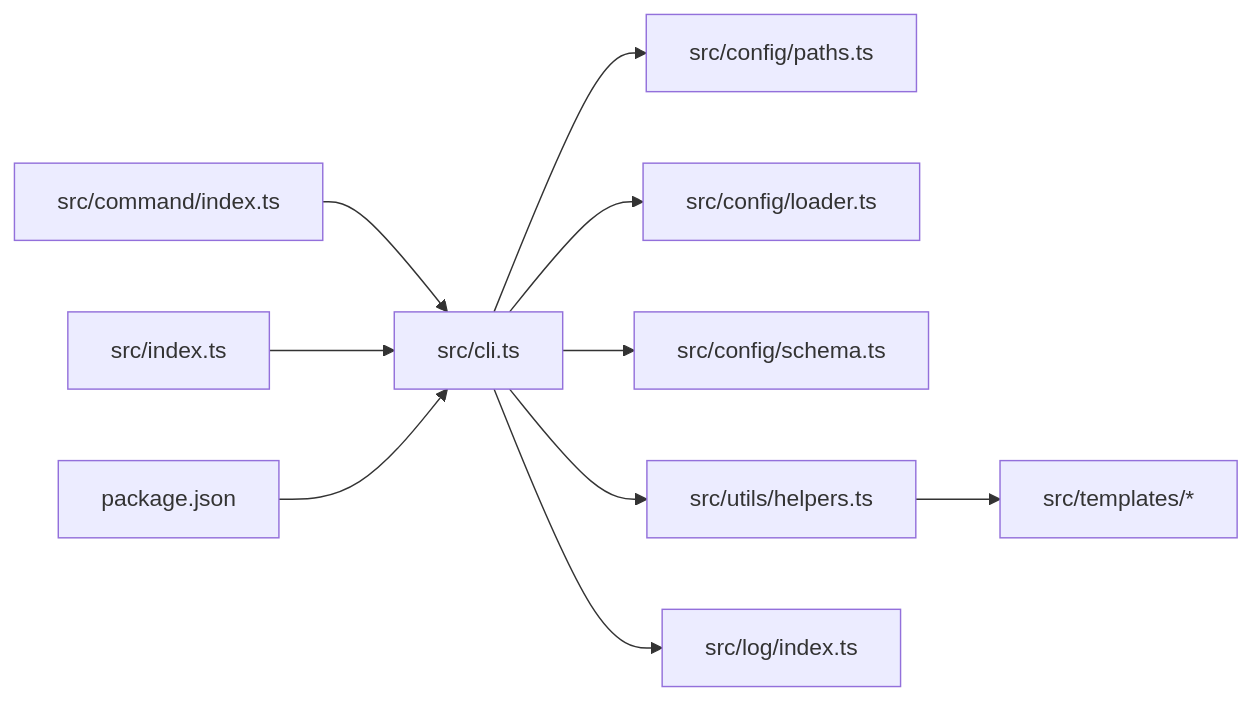
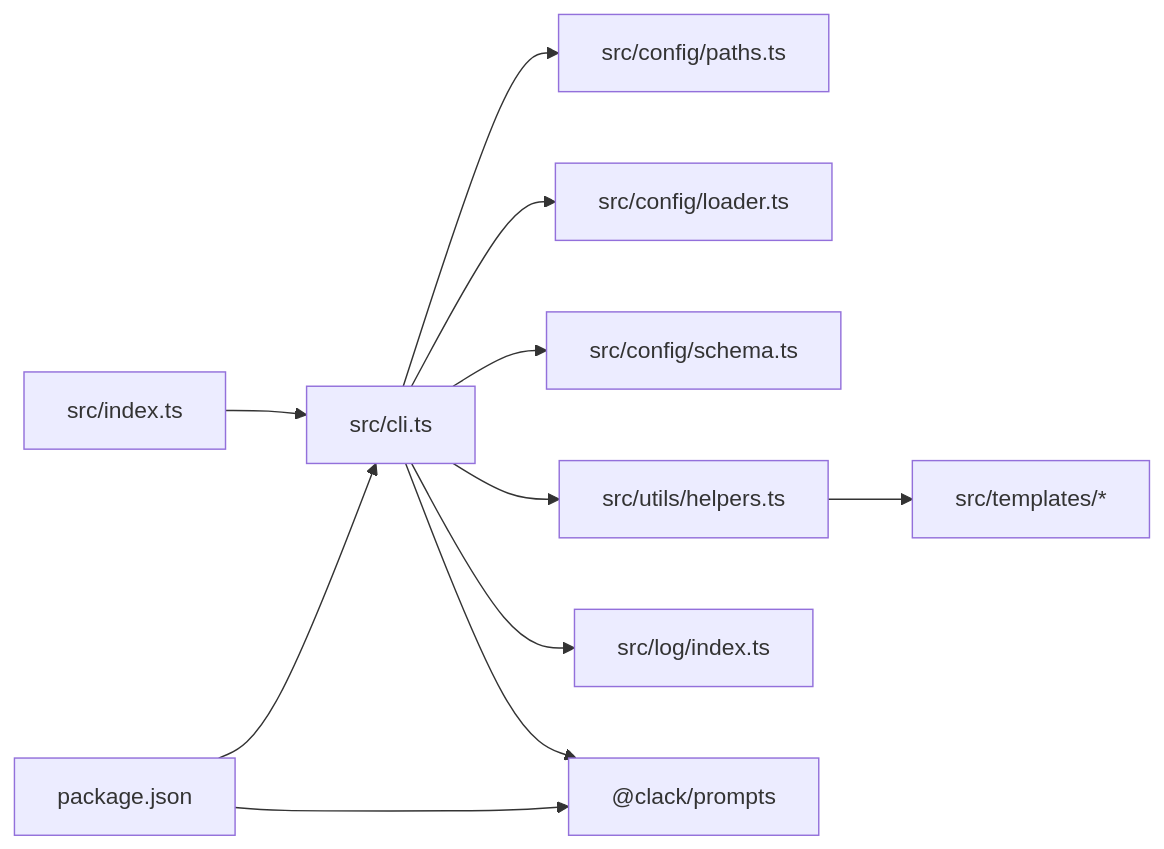
One commit to neciszhang/batbot changed the fourth of 4 diagrams in .qoder/repowiki/zh/content/命令参考手册/初始化命令 (onboard).md. Above: the diagram before and after it, drawn with Mermaid. The commit also changed other lines of this file and 7 other files, not shown here.

````diff
--- a/.qoder/repowiki/zh/content/命令参考手册/初始化命令 (onboard).md
+++ b/.qoder/repowiki/zh/content/命令参考手册/初始化命令 (onboard).md
@@ -222,12 +245,13 @@
 ```mermaid
 graph LR
 CLI["src/cli.ts"] --> PATHS["src/config/paths.ts"]
 CLI --> LOADER["src/config/loader.ts"]
 CLI --> SCHEMA["src/config/schema.ts"]
 CLI --> HELPERS["src/utils/helpers.ts"]
 CLI --> LOG["src/log/index.ts"]
+CLI --> CLACK["@clack/prompts"]
 HELPERS --> TPL["src/templates/*"]
-CMD["src/command/index.ts"] --> CLI
 VER["src/index.ts"] --> CLI
 PKG["package.json"] --> CLI
+PKG --> CLACK
 ```
````
